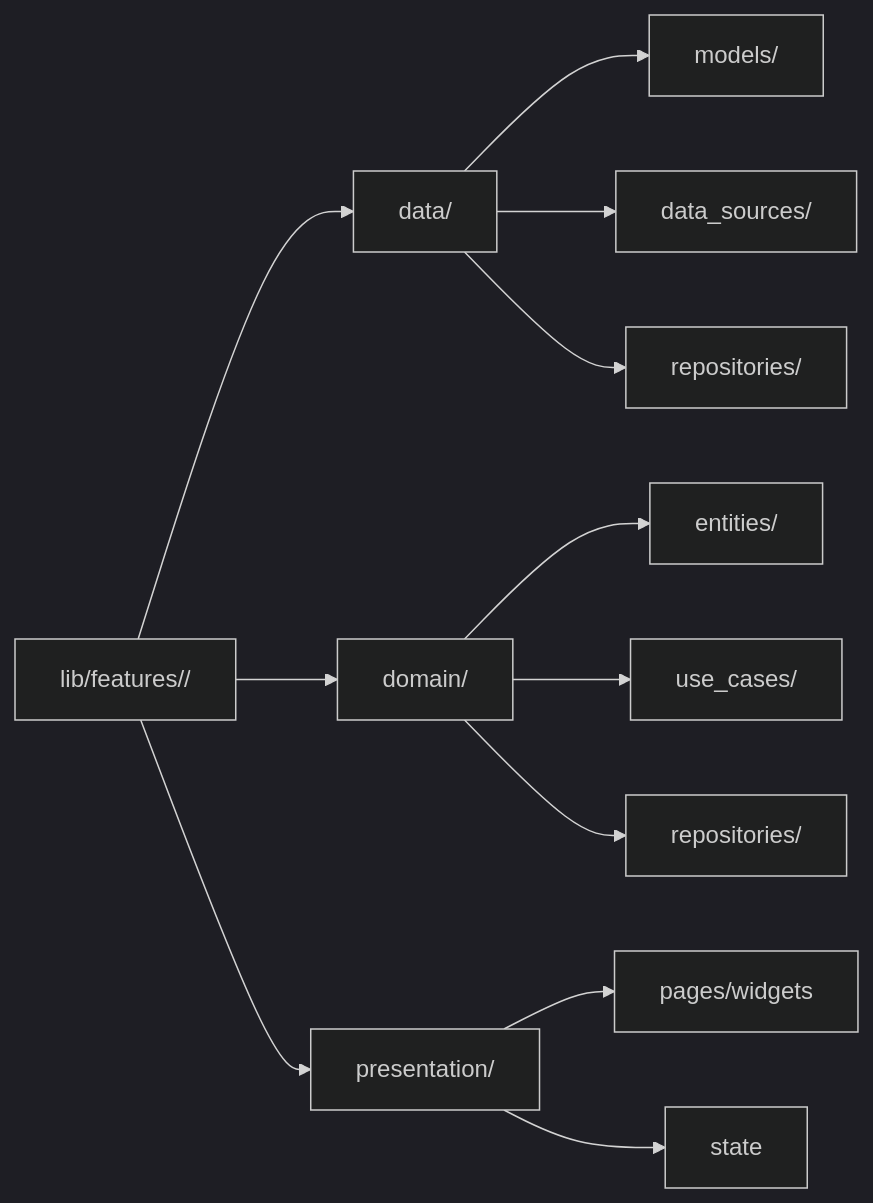
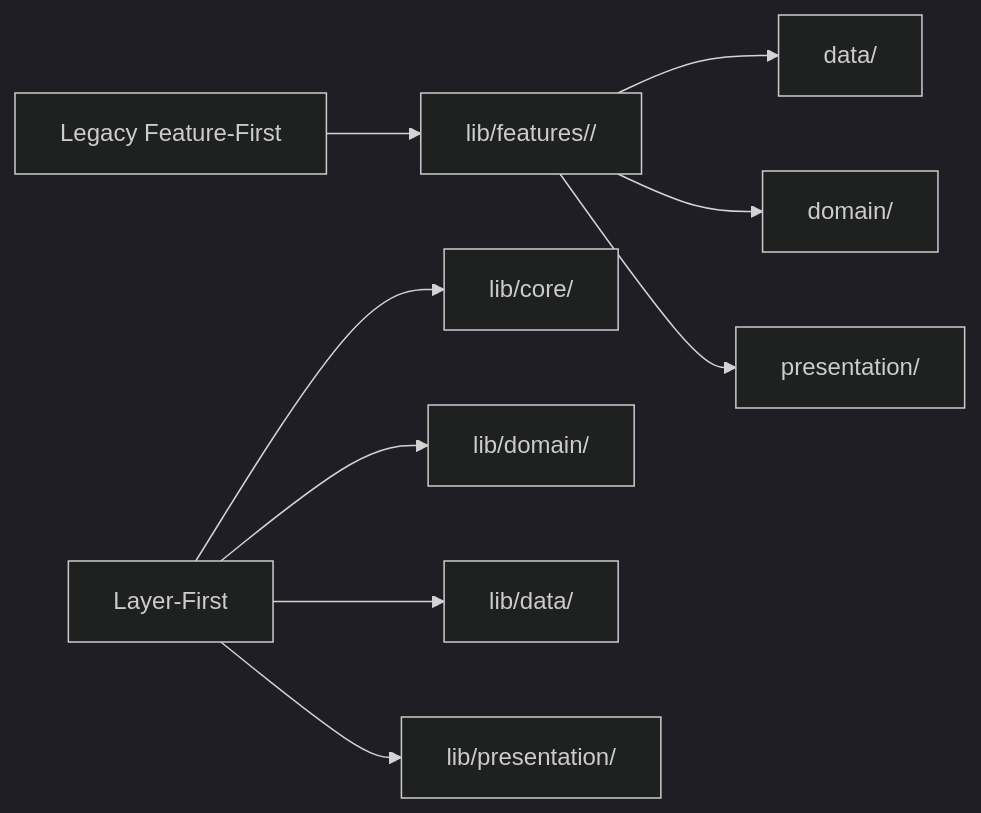
The second of 4 diagrams in docs/diagrams/architecture.md (francoribarov/demo-th), drawn with Mermaid (dark theme) before and after one commit. The commit also changed other lines of this file and 31 other files, not shown here.

Commit message:
refactor: migrate rental flow to layer-first clean architecture

````diff
--- a/docs/diagrams/architecture.md
+++ b/docs/diagrams/architecture.md
@@ -32,14 +45,15 @@
 ```mermaid
 flowchart LR
-  Feature[lib/features/<feature>/] --> Data[data/]
-  Feature --> Domain[domain/]
-  Feature --> Presentation[presentation/]
-  Data --> Models[models/]
-  Data --> Sources[data_sources/]
-  Data --> Repos[repositories/]
-  Domain --> Entities[entities/]
-  Domain --> UseCases[use_cases/]
-  Domain --> ReposI[repositories/]
-  Presentation --> UI[pages/widgets]
-  Presentation --> StateMgmt[state]
+  Legacy[Legacy Feature-First]
+  LayerFirst[Layer-First]
+
+  Legacy --> LegacyPath[lib/features/<feature>/]
+  LegacyPath --> LegacyData[data/]
+  LegacyPath --> LegacyDomain[domain/]
+  LegacyPath --> LegacyPresentation[presentation/]
+
+  LayerFirst --> CorePath[lib/core/]
+  LayerFirst --> DomainPath[lib/domain/]
+  LayerFirst --> DataPath[lib/data/]
+  LayerFirst --> PresentationPath[lib/presentation/]
 ```
````
